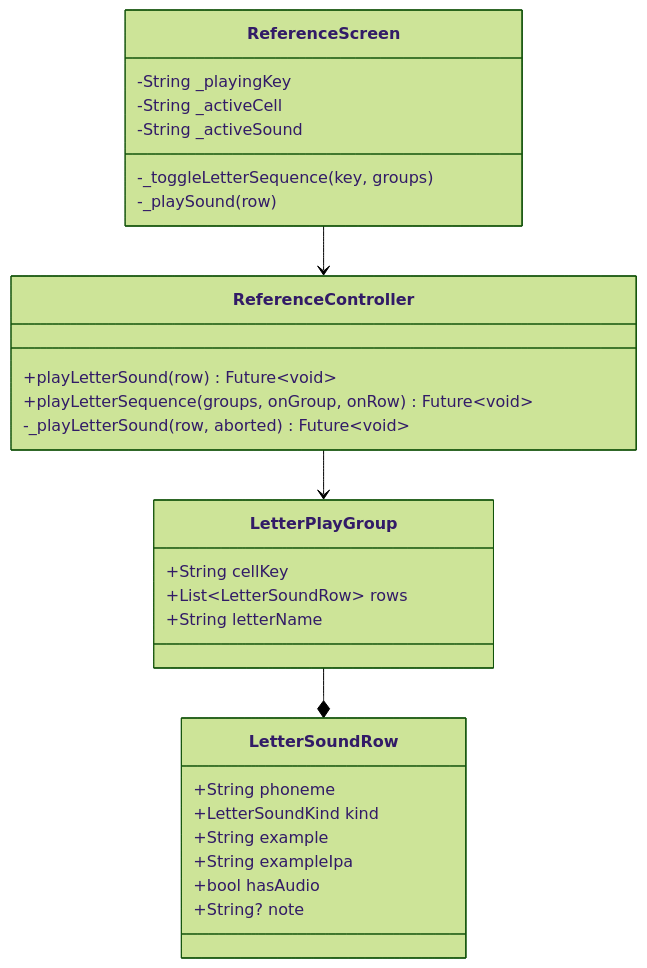
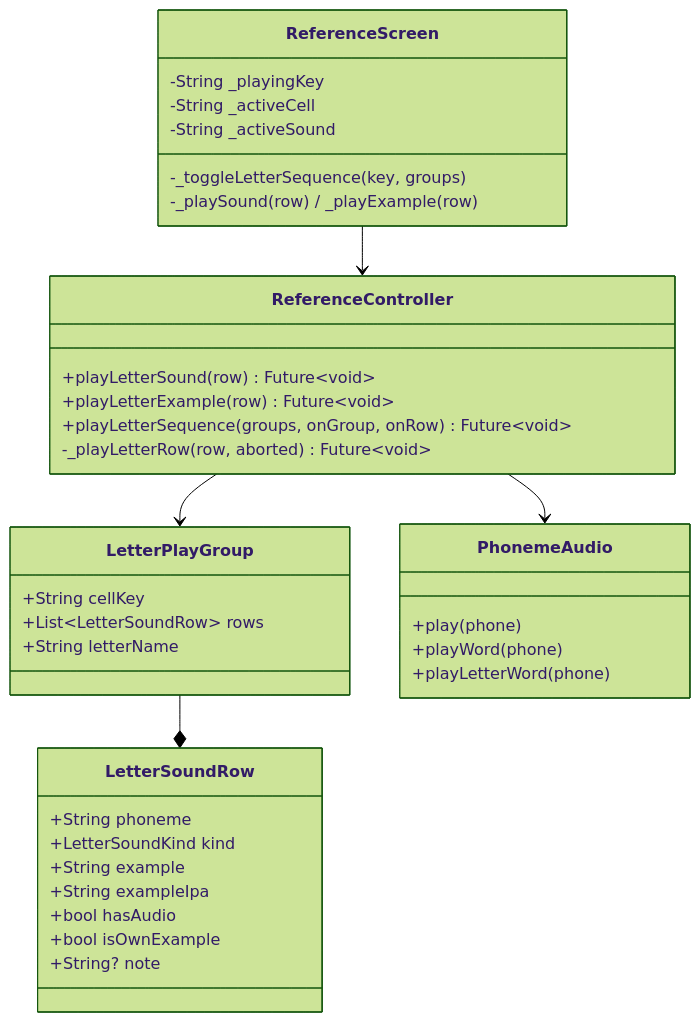
The fourth of 7 diagrams in impl/app/flutter/docs/reference-alphabet.md (kindywu/contexta), drawn with Mermaid (forest theme) before and after one commit. The commit also changed other lines of this file and 20 other files, not shown here.

````diff
--- a/impl/app/flutter/docs/reference-alphabet.md
+++ b/impl/app/flutter/docs/reference-alphabet.md
@@ -72,31 +101,39 @@
 ```mermaid
 classDiagram
     class LetterSoundRow {
         +String phoneme
         +LetterSoundKind kind
         +String example
         +String exampleIpa
         +bool hasAudio
+        +bool isOwnExample
         +String? note
     }
     class LetterPlayGroup {
         +String cellKey
         +List~LetterSoundRow~ rows
         +String letterName
     }
     class ReferenceController {
         +playLetterSound(row) Future~void~
+        +playLetterExample(row) Future~void~
         +playLetterSequence(groups, onGroup, onRow) Future~void~
-        -_playLetterSound(row, aborted) Future~void~
+        -_playLetterRow(row, aborted) Future~void~
+    }
+    class PhonemeAudio {
+        +play(phone)
+        +playWord(phone)
+        +playLetterWord(phone)
     }
     class ReferenceScreen {
         -String _playingKey
         -String _activeCell
         -String _activeSound
         -_toggleLetterSequence(key, groups)
-        -_playSound(row)
+        -_playSound(row) / _playExample(row)
     }
     LetterPlayGroup --* LetterSoundRow
     ReferenceController --> LetterPlayGroup
+    ReferenceController --> PhonemeAudio
     ReferenceScreen --> ReferenceController
 ```
````
